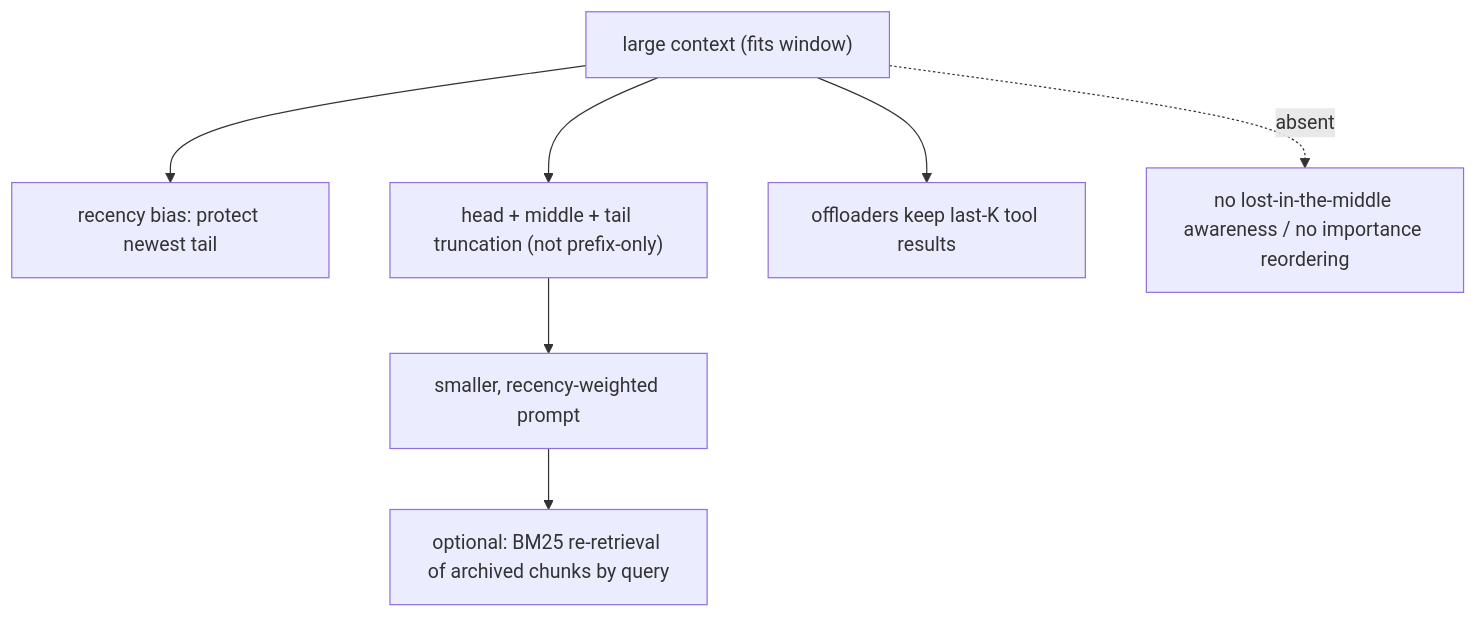
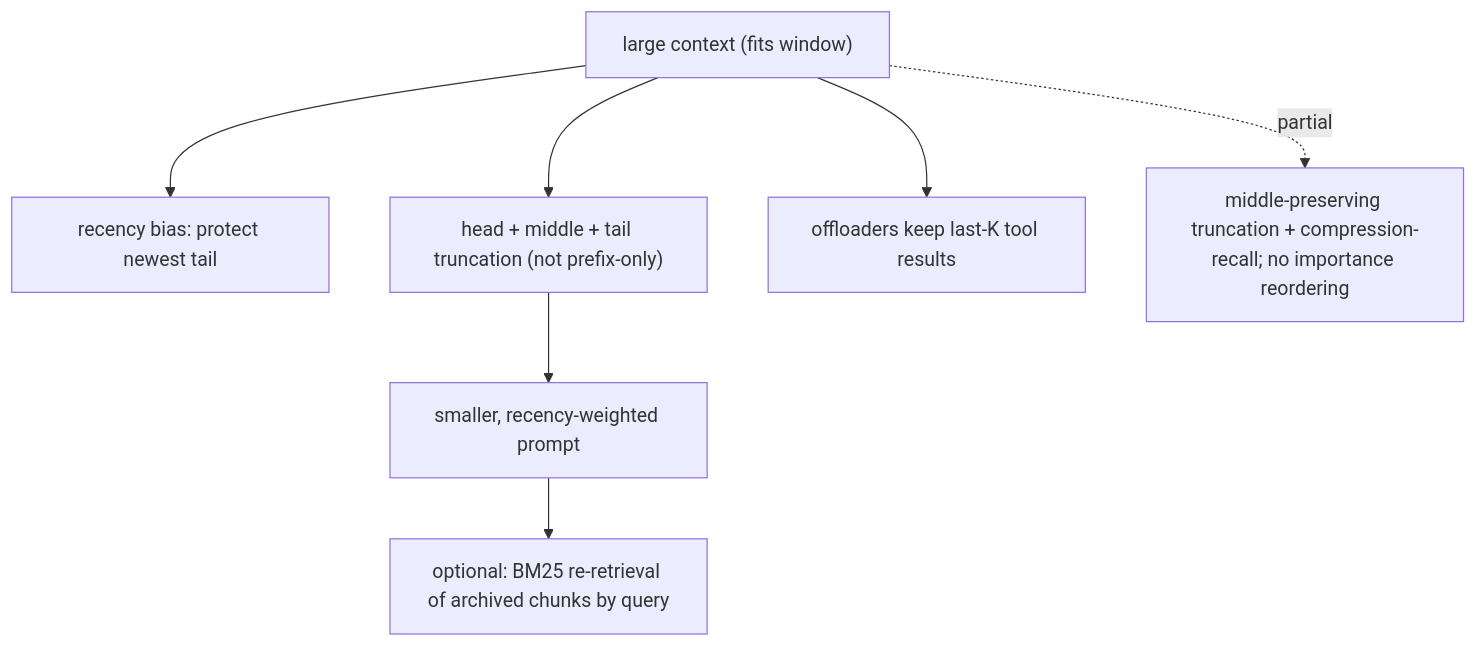
Before and after one commit to michaelatamuk/openjiuwen-knowledge: the eighth of 25 diagrams in content/topics/01-llm-foundations.md, drawn with Mermaid. The commit also changed other lines of this file and 5 other files, not shown here.

Commit message:
content: correct 01-9/01-16 - middle-preserving truncation and compression-recall exist

````diff
--- a/content/topics/01-llm-foundations.md
+++ b/content/topics/01-llm-foundations.md
@@ -213,9 +213,9 @@
 ```mermaid
 flowchart TD
     BIG["large context (fits window)"] --> BIAS["recency bias: protect newest tail"]
     BIG --> TRUNC["head + middle + tail truncation (not prefix-only)"]
     BIG --> KEEP["offloaders keep last-K tool results"]
     TRUNC --> SMALL["smaller, recency-weighted prompt"]
     SMALL --> BM25["optional: BM25 re-retrieval of archived chunks by query"]
-    BIG -.->|"absent"| X["no lost-in-the-middle awareness / no importance reordering"]
+    BIG -.->|"partial"| X["middle-preserving truncation + compression-recall; no importance reordering"]
 ```
````
